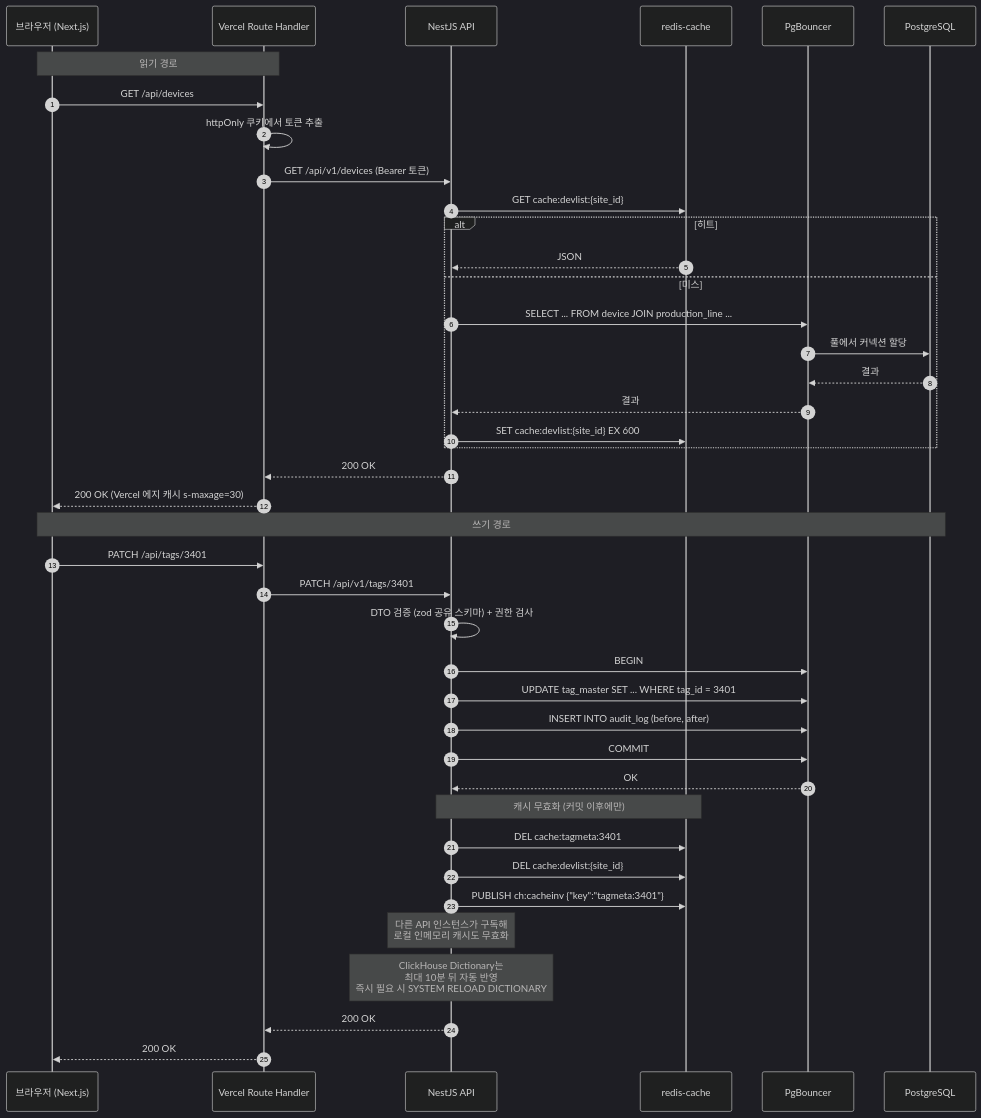
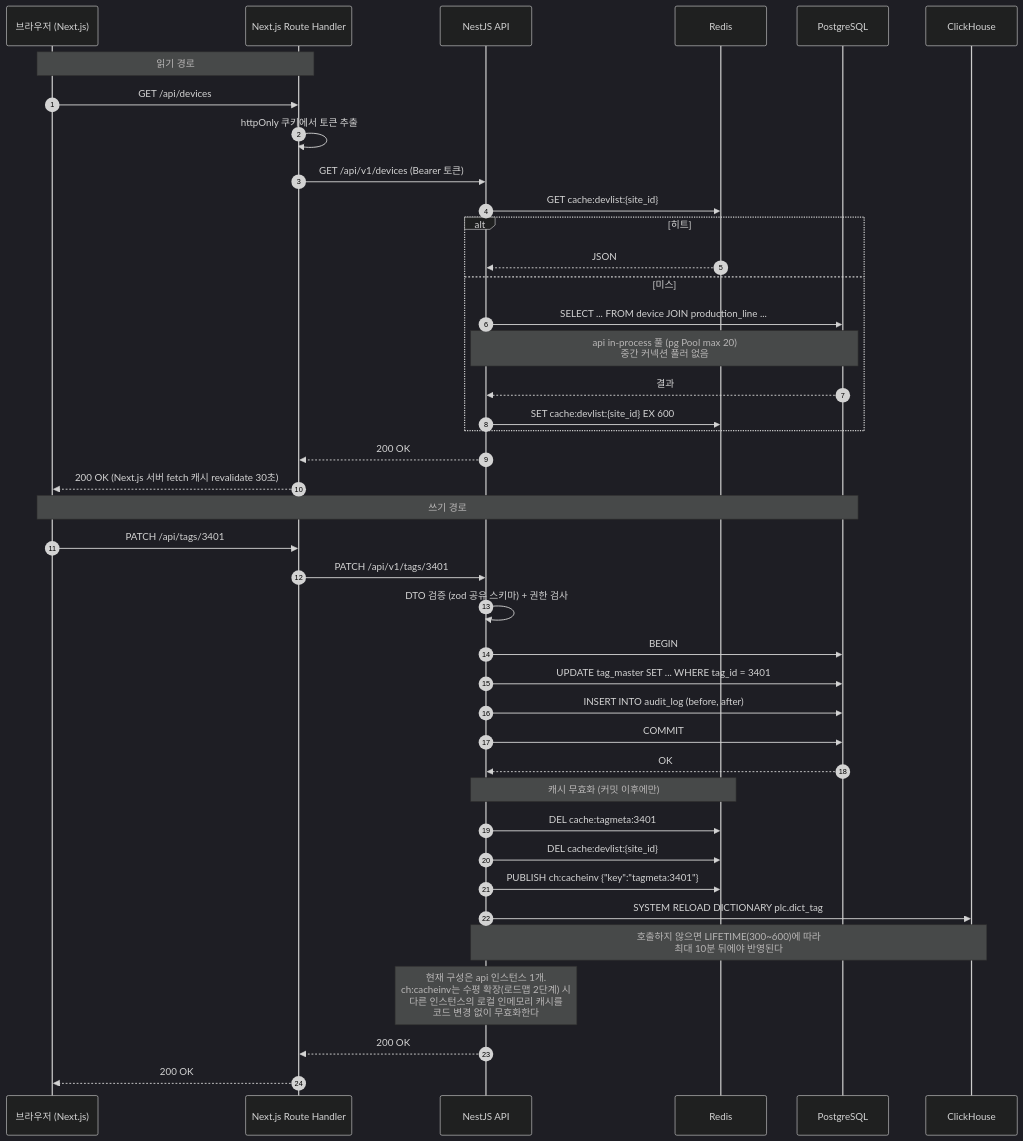
Before and after one commit to jaepil02/db_study: the eighth of 19 diagrams in data_flow.md, drawn with Mermaid (dark theme). The commit also changed other lines of this file and 3 other files, not shown here.

````diff
--- a/data_flow.md
+++ b/data_flow.md
@@ -423,46 +447,46 @@
 ```mermaid
 sequenceDiagram
     autonumber
     participant B as 브라우저 (Next.js)
-    participant BFF as Vercel Route Handler
+    participant BFF as Next.js Route Handler
     participant API as NestJS API
-    participant RC as redis-cache
-    participant PGB as PgBouncer
+    participant R as Redis
     participant PG as PostgreSQL
+    participant CH as ClickHouse
 
     Note over B,BFF: 읽기 경로
     B->>BFF: GET /api/devices
     BFF->>BFF: httpOnly 쿠키에서 토큰 추출
     BFF->>API: GET /api/v1/devices (Bearer 토큰)
-    API->>RC: GET cache:devlist:{site_id}
+    API->>R: GET cache:devlist:{site_id}
     alt 히트
-        RC-->>API: JSON
+        R-->>API: JSON
     else 미스
-        API->>PGB: SELECT ... FROM device JOIN production_line ...
-        PGB->>PG: 풀에서 커넥션 할당
-        PG-->>PGB: 결과
-        PGB-->>API: 결과
-        API->>RC: SET cache:devlist:{site_id} EX 600
+        API->>PG: SELECT ... FROM device JOIN production_line ...
+        Note over API,PG: api in-process 풀 (pg Pool max 20)<br/>중간 커넥션 풀러 없음
+        PG-->>API: 결과
+        API->>R: SET cache:devlist:{site_id} EX 600
     end
     API-->>BFF: 200 OK
-    BFF-->>B: 200 OK (Vercel 에지 캐시 s-maxage=30)
+    BFF-->>B: 200 OK (Next.js 서버 fetch 캐시 revalidate 30초)
 
     Note over B,PG: 쓰기 경로
     B->>BFF: PATCH /api/tags/3401
     BFF->>API: PATCH /api/v1/tags/3401
     API->>API: DTO 검증 (zod 공유 스키마) + 권한 검사
-    API->>PGB: BEGIN
-    API->>PGB: UPDATE tag_master SET ... WHERE tag_id = 3401
-    API->>PGB: INSERT INTO audit_log (before, after)
-    API->>PGB: COMMIT
-    PGB-->>API: OK
+    API->>PG: BEGIN
+    API->>PG: UPDATE tag_master SET ... WHERE tag_id = 3401
+    API->>PG: INSERT INTO audit_log (before, after)
+    API->>PG: COMMIT
+    PG-->>API: OK
 
-    Note over API,RC: 캐시 무효화 (커밋 이후에만)
-    API->>RC: DEL cache:tagmeta:3401
-    API->>RC: DEL cache:devlist:{site_id}
-    API->>RC: PUBLISH ch:cacheinv {"key":"tagmeta:3401"}
-    Note over API: 다른 API 인스턴스가 구독해<br/>로컬 인메모리 캐시도 무효화
-    Note over API: ClickHouse Dictionary는<br/>최대 10분 뒤 자동 반영<br/>즉시 필요 시 SYSTEM RELOAD DICTIONARY
+    Note over API,R: 캐시 무효화 (커밋 이후에만)
+    API->>R: DEL cache:tagmeta:3401
+    API->>R: DEL cache:devlist:{site_id}
+    API->>R: PUBLISH ch:cacheinv {"key":"tagmeta:3401"}
+    API->>CH: SYSTEM RELOAD DICTIONARY plc.dict_tag
+    Note over API,CH: 호출하지 않으면 LIFETIME(300~600)에 따라<br/>최대 10분 뒤에야 반영된다
+    Note over API: 현재 구성은 api 인스턴스 1개.<br/>ch:cacheinv는 수평 확장(로드맵 2단계) 시<br/>다른 인스턴스의 로컬 인메모리 캐시를<br/>코드 변경 없이 무효화한다
     API-->>BFF: 200 OK
     BFF-->>B: 200 OK
 ```
````
